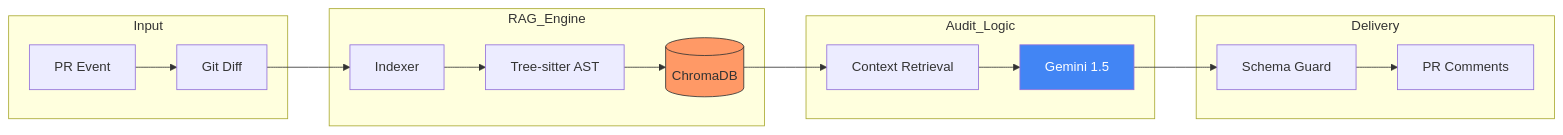
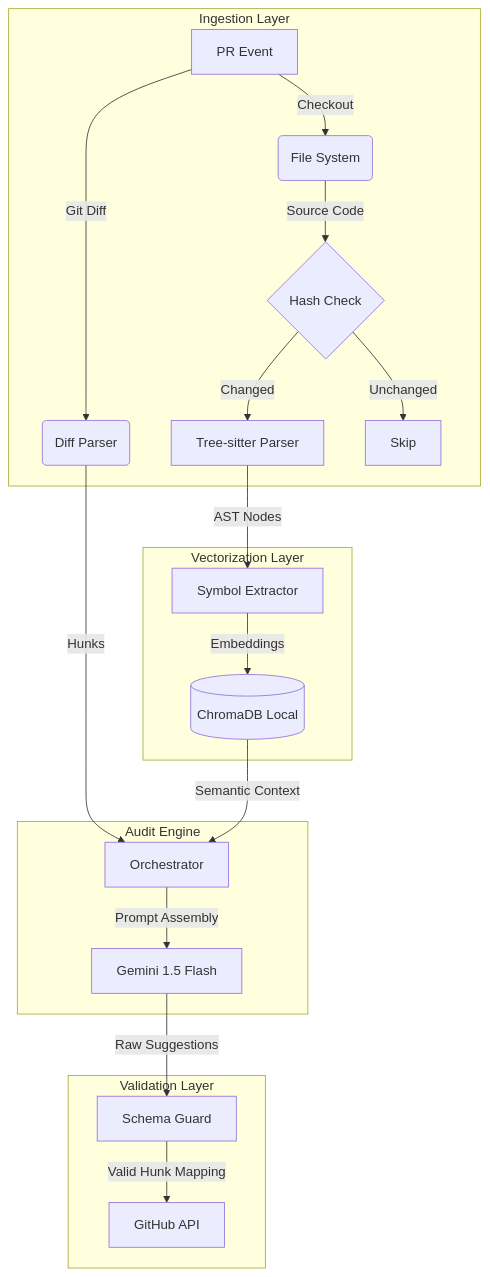
The diagram in README.md (imrahnf/sentinelpr), drawn with Mermaid before and after one commit. The commit also changed other lines of this file, not shown here.

````diff
--- a/README.md
+++ b/README.md
@@ -28,25 +13,26 @@
 ```mermaid
-graph LR
-    subgraph Input
-        A[PR Event] --> B[Git Diff]
+graph TD
+    subgraph "Ingestion Layer"
+        A[PR Event] -->|Git Diff| B(Diff Parser)
+        A -->|Checkout| C(File System)
+        C -->|Source Code| D{Hash Check}
+        D -->|Changed| E[Tree-sitter Parser]
+        D -->|Unchanged| F[Skip]
     end
 
-    subgraph RAG_Engine
-        B --> C[Indexer]
-        C --> D[Tree-sitter AST]
-        D --> E[(ChromaDB)]
+    subgraph "Vectorization Layer"
+        E -->|AST Nodes| G[Symbol Extractor]
+        G -->|Embeddings| H[(ChromaDB Local)]
     end
 
-    subgraph Audit_Logic
-        E --> F[Context Retrieval]
-        F --> G[Gemini 1.5]
+    subgraph "Audit Engine"
+        B -->|Hunks| I[Orchestrator]
+        H -->|Semantic Context| I
+        I -->|Prompt Assembly| J[Gemini 1.5 Flash]
     end
 
-    subgraph Delivery
-        G --> H[Schema Guard]
-        H --> I[PR Comments]
+    subgraph "Validation Layer"
+        J -->|Raw Suggestions| K[Schema Guard]
+        K -->|Valid Hunk Mapping| L[GitHub API]
     end
-
-    style E fill:#f96,stroke:#333
-    style G fill:#4285F4,color:#fff
 ```
````
